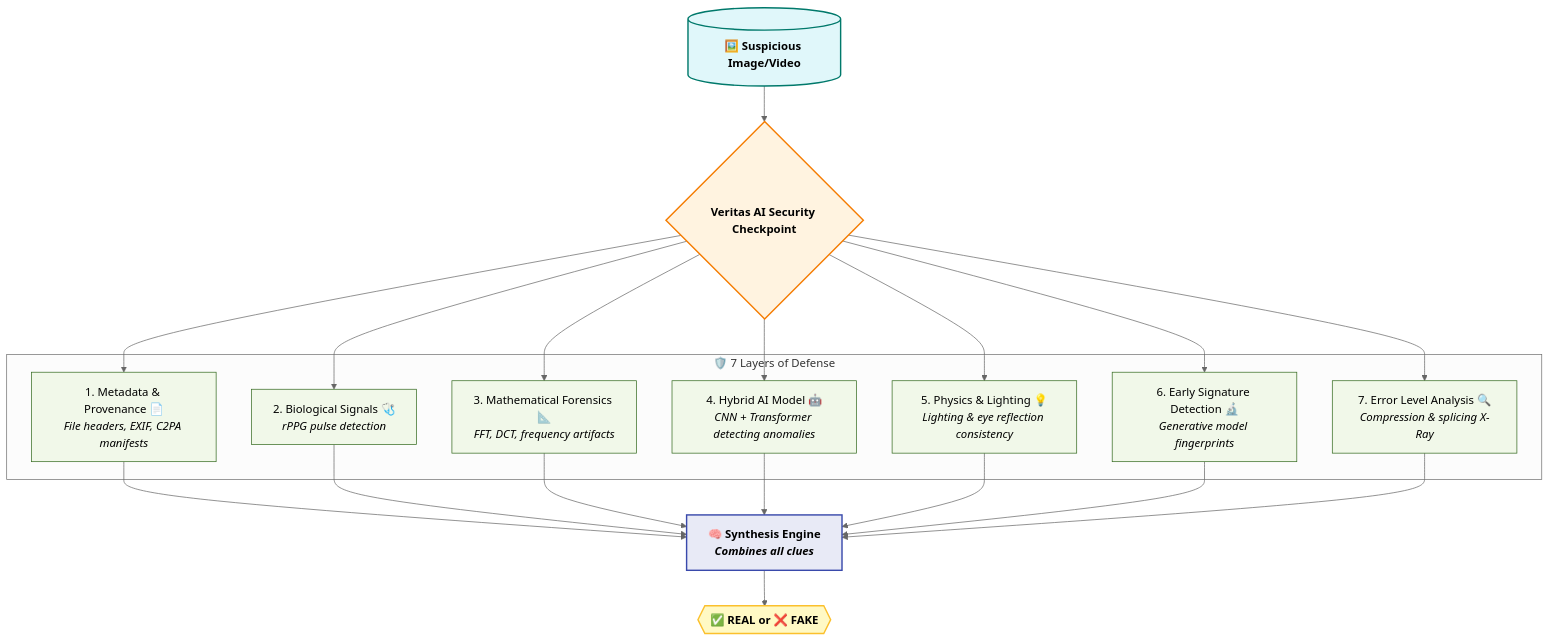
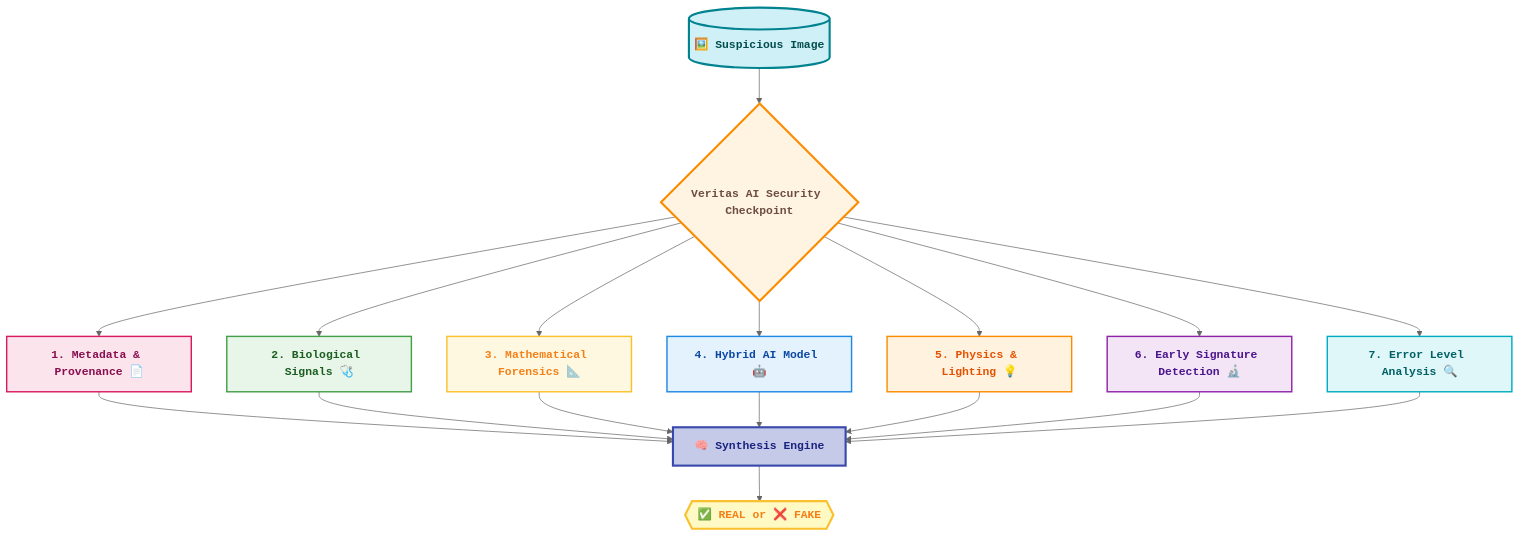
One commit to tanish19078/veritas-ai changed the diagram in README.md. Above: the diagram before and after it, drawn with Mermaid (neutral theme).

````diff
--- a/README.md
+++ b/README.md
@@ -8,36 +8,38 @@
 ```mermaid
 graph TD
     %% Input
-    Input[("🖼️ Suspicious Image/Video")]:::inputStyle
-
-    %% Security Checkpoint
+    Input[("🖼️ Suspicious Image")]:::inputStyle
     Gate{Veritas AI Security Checkpoint}:::gateStyle
 
-    %% 7 Layers of Defense
-    subgraph Layers["🛡️ 7 Layers of Defense"]
-        L1["1. Metadata & Provenance 📄<br><i>File headers, EXIF, C2PA manifests</i>"]:::layer
-        L2["2. Biological Signals 🩺<br><i>rPPG pulse detection</i>"]:::layer
-        L3["3. Mathematical Forensics 📐<br><i>FFT, DCT, frequency artifacts</i>"]:::layer
-        L4["4. Hybrid AI Model 🤖<br><i>CNN + Transformer detecting anomalies</i>"]:::layer
-        L5["5. Physics & Lighting 💡<br><i>Lighting & eye reflection consistency</i>"]:::layer
-        L6["6. Early Signature Detection 🔬<br><i>Generative model fingerprints</i>"]:::layer
-        L7["7. Error Level Analysis 🔍<br><i>Compression & splicing X-Ray</i>"]:::layer
-    end
+    %% 7 Layers
+    L1["1. Metadata & Provenance 📄"]:::layer1
+    L2["2. Biological Signals 🩺"]:::layer2
+    L3["3. Mathematical Forensics 📐"]:::layer3
+    L4["4. Hybrid AI Model 🤖"]:::layer4
+    L5["5. Physics & Lighting 💡"]:::layer5
+    L6["6. Early Signature Detection 🔬"]:::layer6
+    L7["7. Error Level Analysis 🔍"]:::layer7
 
     %% Analysis & Verdict
-    Analysis["🧠 Synthesis Engine<br><i>Combines all clues</i>"]:::analysis
+    Analysis["🧠 Synthesis Engine"]:::analysis
     Verdict{{"✅ REAL or ❌ FAKE"}}:::verdict
 
     %% Connections
     Input --> Gate
     Gate --> L1 & L2 & L3 & L4 & L5 & L6 & L7
     L1 & L2 & L3 & L4 & L5 & L6 & L7 --> Analysis --> Verdict
 
     %% Styling
-    classDef inputStyle fill:#e0f7fa,stroke:#00796b,stroke-width:2px,color:#000,font-weight:bold
-    classDef gateStyle fill:#fff3e0,stroke:#f57c00,stroke-width:2px,color:#000,font-weight:bold
-    classDef layer fill:#f1f8e9,stroke:#33691e,stroke-width:1px,color:#000
-    classDef analysis fill:#e8eaf6,stroke:#3949ab,stroke-width:2px,color:#000,font-weight:bold
-    classDef verdict fill:#fff9c4,stroke:#fbc02d,stroke-width:2px,color:#000,font-weight:bold
+    classDef inputStyle fill:#d0f0f7,stroke:#00838f,stroke-width:3px,color:#004d4d,font-weight:bold,font-family:monospace
+    classDef gateStyle fill:#fff4e1,stroke:#fb8c00,stroke-width:3px,color:#6d4c41,font-weight:bold,font-family:monospace
+    classDef layer1 fill:#fce4ec,stroke:#d81b60,stroke-width:2px,color:#880e4f,font-weight:bold,font-family:monospace
+    classDef layer2 fill:#e8f5e9,stroke:#43a047,stroke-width:2px,color:#1b5e20,font-weight:bold,font-family:monospace
+    classDef layer3 fill:#fff8e1,stroke:#fbc02d,stroke-width:2px,color:#f57f17,font-weight:bold,font-family:monospace
+    classDef layer4 fill:#e3f2fd,stroke:#1e88e5,stroke-width:2px,color:#0d47a1,font-weight:bold,font-family:monospace
+    classDef layer5 fill:#fff3e0,stroke:#fb8c00,stroke-width:2px,color:#e65100,font-weight:bold,font-family:monospace
+    classDef layer6 fill:#f3e5f5,stroke:#8e24aa,stroke-width:2px,color:#4a148c,font-weight:bold,font-family:monospace
+    classDef layer7 fill:#e0f7fa,stroke:#00acc1,stroke-width:2px,color:#006064,font-weight:bold,font-family:monospace
+    classDef analysis fill:#c5cae9,stroke:#3949ab,stroke-width:3px,color:#1a237e,font-weight:bold,font-family:monospace
+    classDef verdict fill:#fff9c4,stroke:#fbc02d,stroke-width:3px,color:#f57f17,font-weight:bold,font-family:monospace
 
 ```
````
